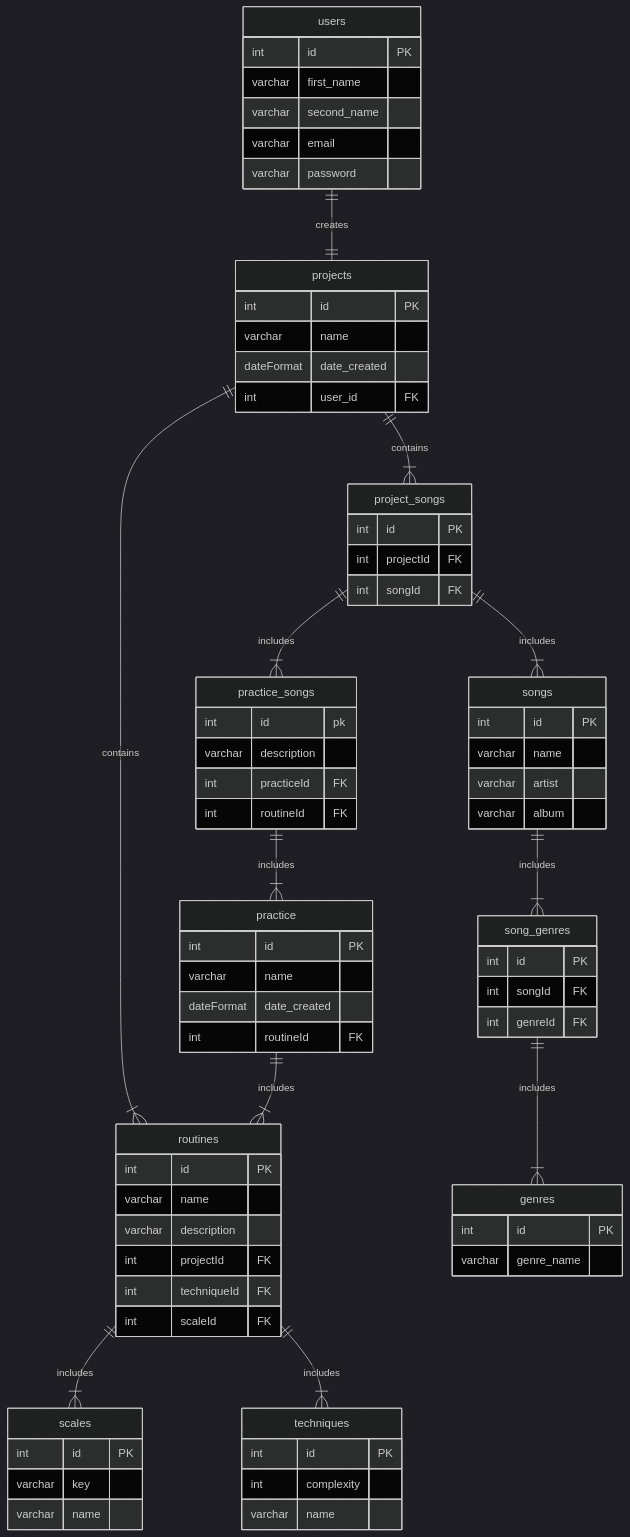
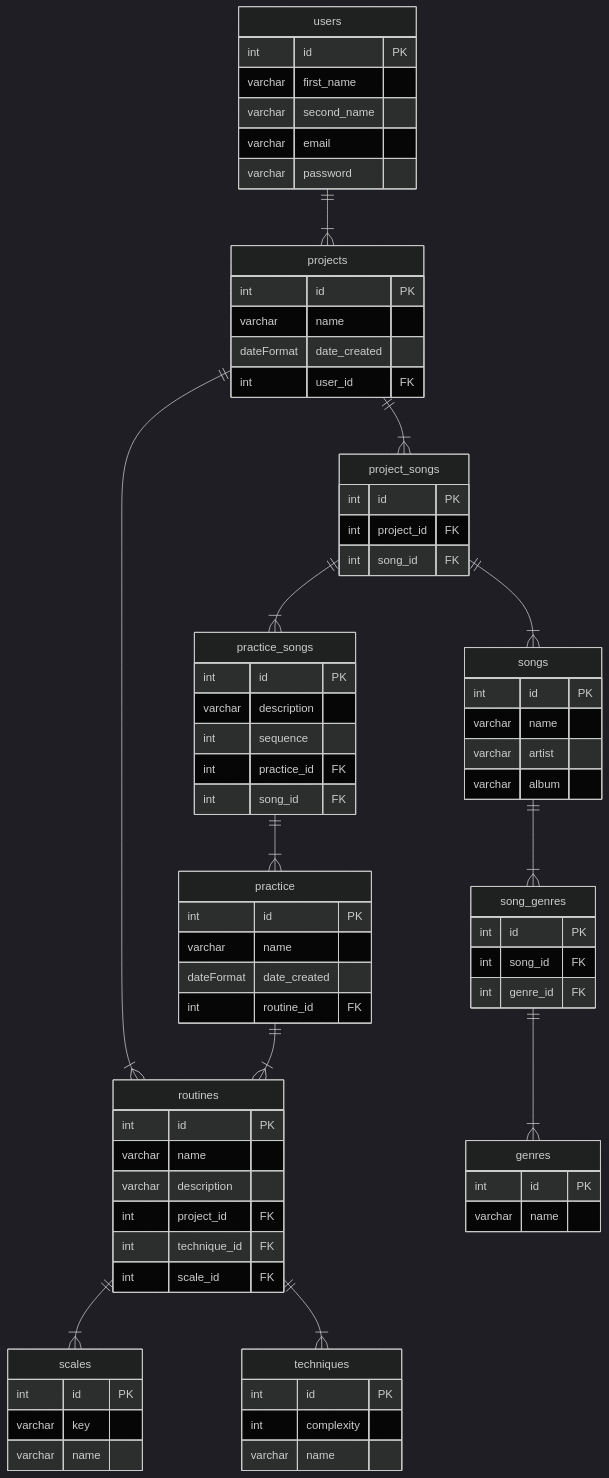
Before and after one commit to OscarSanchezTorres/bass-practice-randomizer: the second of 2 diagrams in README.md, drawn with Mermaid. The commit also changed 9 other files, not shown here.

````diff
--- a/README.md
+++ b/README.md
@@ -38,7 +38,7 @@
 ```mermaid
 %%{init: {'theme':'dark'}}%%
 erDiagram
-    users ||--|| projects : creates
+    users ||--|{ projects : ""
     users {
         int id PK
         varchar first_name
@@ -46,8 +46,8 @@
         varchar email
         varchar password
     }
-    projects ||--|{ project_songs : contains
-    projects ||--|{ routines : contains
+    projects ||--|{ project_songs : ""
+    projects ||--|{ routines : ""
     projects {
         int id PK
         varchar name
@@ -55,56 +55,57 @@
         int user_id FK
 
     }
-    project_songs ||--|{ practice_songs : includes
-    project_songs ||--|{ songs : includes
+    project_songs ||--|{ practice_songs : ""
+    project_songs ||--|{ songs : ""
     project_songs {
         int id PK
-        int projectId FK
-        int songId FK
+        int project_id FK
+        int song_id FK
 
     }
-    songs ||--|{ song_genres : includes
+    songs ||--|{ song_genres : ""
     songs {
         int id PK
         varchar name
         varchar artist
         varchar album
     }
-    song_genres ||--|{ genres : includes
+    song_genres ||--|{ genres : ""
     song_genres {
         int id PK
-        int songId FK
-        int genreId FK
+        int song_id FK
+        int genre_id FK
     }
     genres {
         int id PK
-        varchar genre_name
+        varchar name
     }
-    practice_songs ||--|{ practice : includes
+    practice_songs ||--|{ practice : ""
     practice_songs{
-        int id pk
+        int id PK
         varchar description
-        int practiceId FK
-        int routineId FK
+        int sequence
+        int practice_id FK
+        int song_id FK
     }
 
-    practice ||--|{ routines: includes
+    practice ||--|{ routines: ""
     practice {
         int id PK
         varchar name
         dateFormat date_created
-        int routineId FK
+        int routine_id FK
 
     }
-    routines ||--|{ scales: includes
-    routines ||--|{ techniques: includes
+    routines ||--|{ scales: ""
+    routines ||--|{ techniques: ""
     routines {
         int id PK
         varchar name
         varchar description
-        int projectId FK
-        int techniqueId FK
-        int scaleId FK
+        int project_id FK
+        int technique_id FK
+        int scale_id FK
     }
     scales {
         int id PK
````
